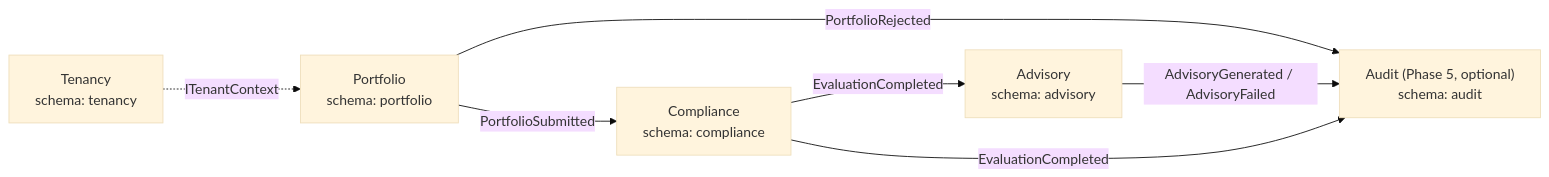
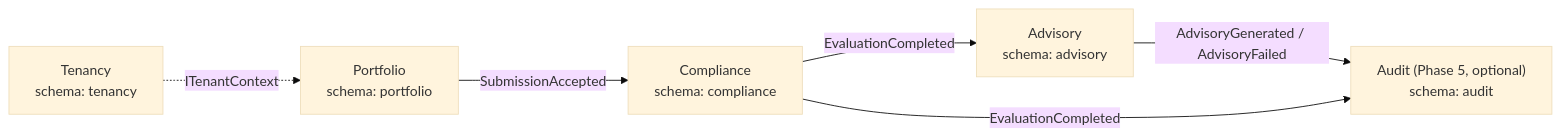
Before and after one commit to marco-soria/finguard: the third of 4 diagrams in docs/architecture/overview.md, drawn with Mermaid (base theme). The commit also changed other lines of this file and 29 other files, not shown here.

Commit message:
feat: publish accepted submissions to Compliance through the outbox (#20)

````diff
--- a/docs/architecture/overview.md
+++ b/docs/architecture/overview.md
@@ -83,15 +83,14 @@
 ```mermaid
 flowchart LR
   tenancy["Tenancy<br/>schema: tenancy"]
   portfolio["Portfolio<br/>schema: portfolio"]
   compliance["Compliance<br/>schema: compliance"]
   advisory["Advisory<br/>schema: advisory"]
   audit["Audit (Phase 5, optional)<br/>schema: audit"]
 
   tenancy -.->|ITenantContext| portfolio
-  portfolio -->|PortfolioSubmitted| compliance
-  portfolio -->|PortfolioRejected| audit
+  portfolio -->|SubmissionAccepted| compliance
   compliance -->|EvaluationCompleted| advisory
   advisory -->|AdvisoryGenerated / AdvisoryFailed| audit
   compliance -->|EvaluationCompleted| audit
 ```
````
